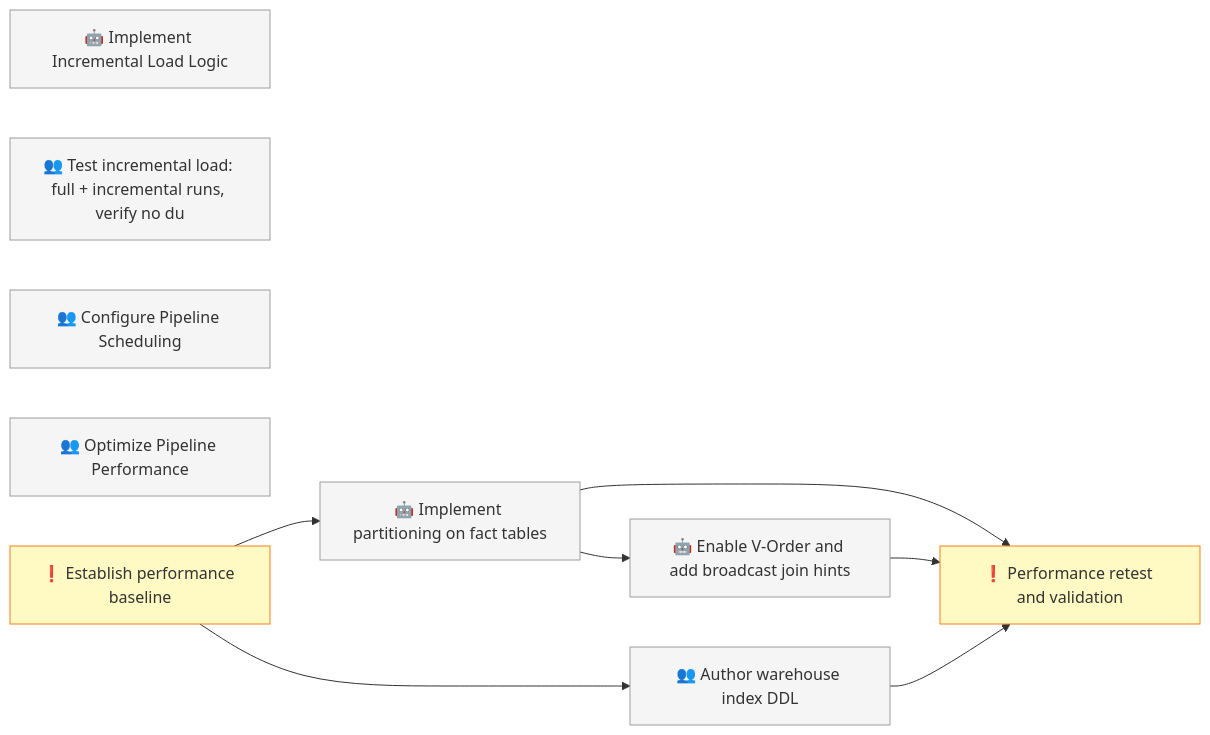
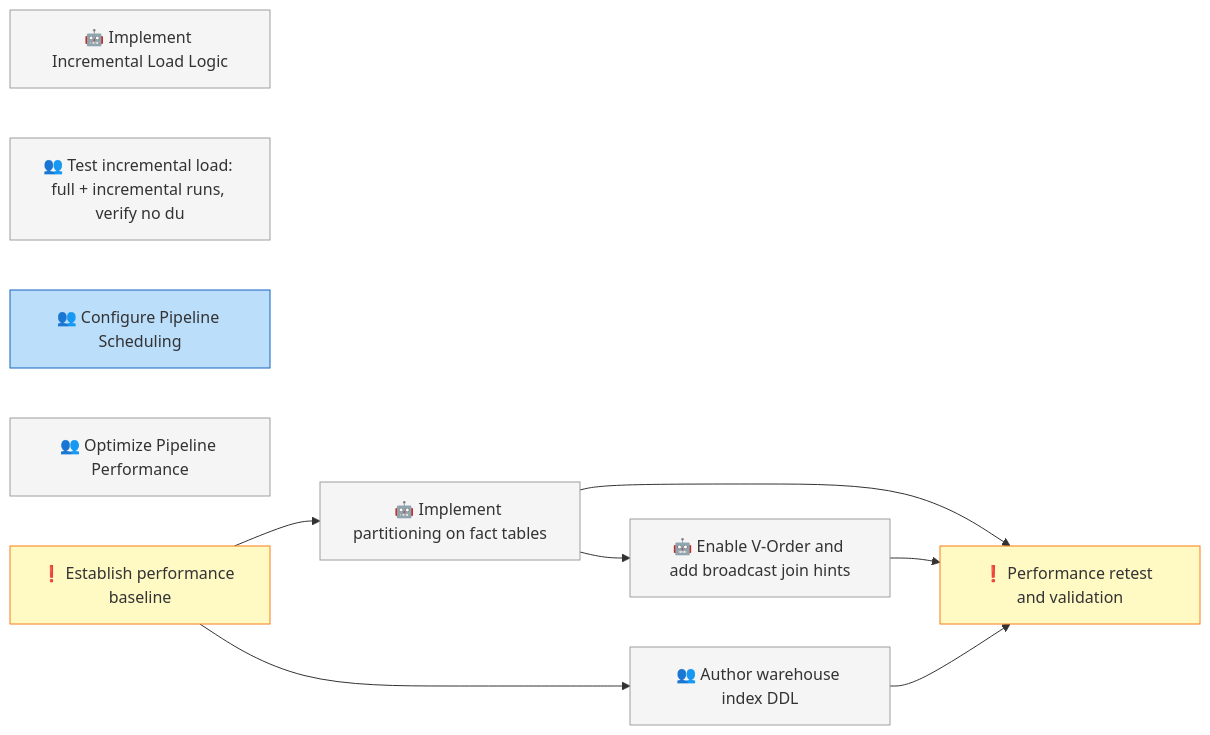
One commit to erikemilsson/OEMMatInsightBI changed the diagram in .claude/dashboard.md. Above: the diagram before and after it, drawn with Mermaid. The commit also changed other lines of this file and 5 other files, not shown here.

````diff
--- a/.claude/dashboard.md
+++ b/.claude/dashboard.md
@@ -93,25 +104,26 @@
 ```mermaid
 graph LR
     Ttask_006["🤖 Implement Incremental Load Logic"]
     Ttask_006_3["👥 Test incremental load: full + incremental runs, verify no du"]
     Ttask_010["👥 Configure Pipeline Scheduling"]
     Ttask_012["👥 Optimize Pipeline Performance"]
     Ttask_012_1["❗ Establish performance baseline"]
     Ttask_012_2["🤖 Implement partitioning on fact tables"]
     Ttask_012_3["🤖 Enable V-Order and add broadcast join hints"]
     Ttask_012_4["👥 Author warehouse index DDL"]
     Ttask_012_5["❗ Performance retest and validation"]
     Ttask_012_1 --> Ttask_012_2
     Ttask_012_2 --> Ttask_012_3
     Ttask_012_1 --> Ttask_012_4
     Ttask_012_2 --> Ttask_012_5
     Ttask_012_3 --> Ttask_012_5
     Ttask_012_4 --> Ttask_012_5
 
     classDef done fill:#c8e6c9,stroke:#2e7d32
     classDef active fill:#bbdefb,stroke:#1565c0
     classDef human fill:#fff9c4,stroke:#f57f17
     classDef blocked fill:#f5f5f5,stroke:#9e9e9e
     class Ttask_012_1,Ttask_012_5 human
-    class Ttask_006,Ttask_006_3,Ttask_010,Ttask_012,Ttask_012_2,Ttask_012_3,Ttask_012_4 blocked
+    class Ttask_010 active
+    class Ttask_006,Ttask_006_3,Ttask_012,Ttask_012_2,Ttask_012_3,Ttask_012_4 blocked
 ```
````
